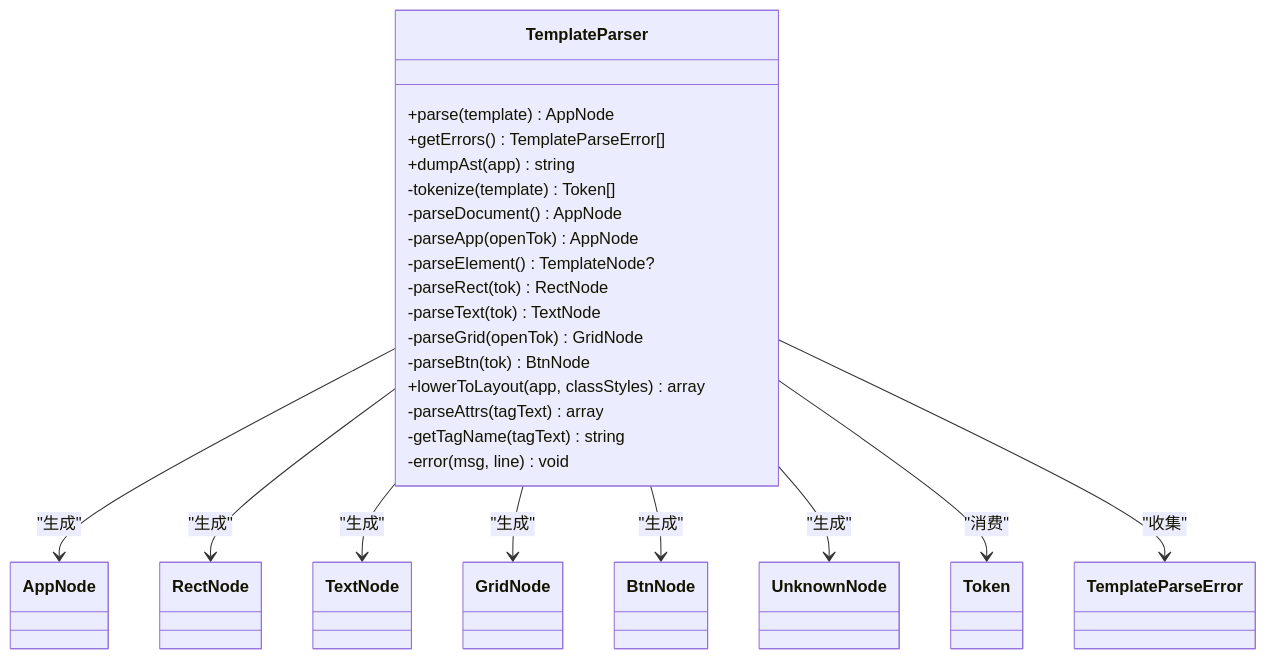
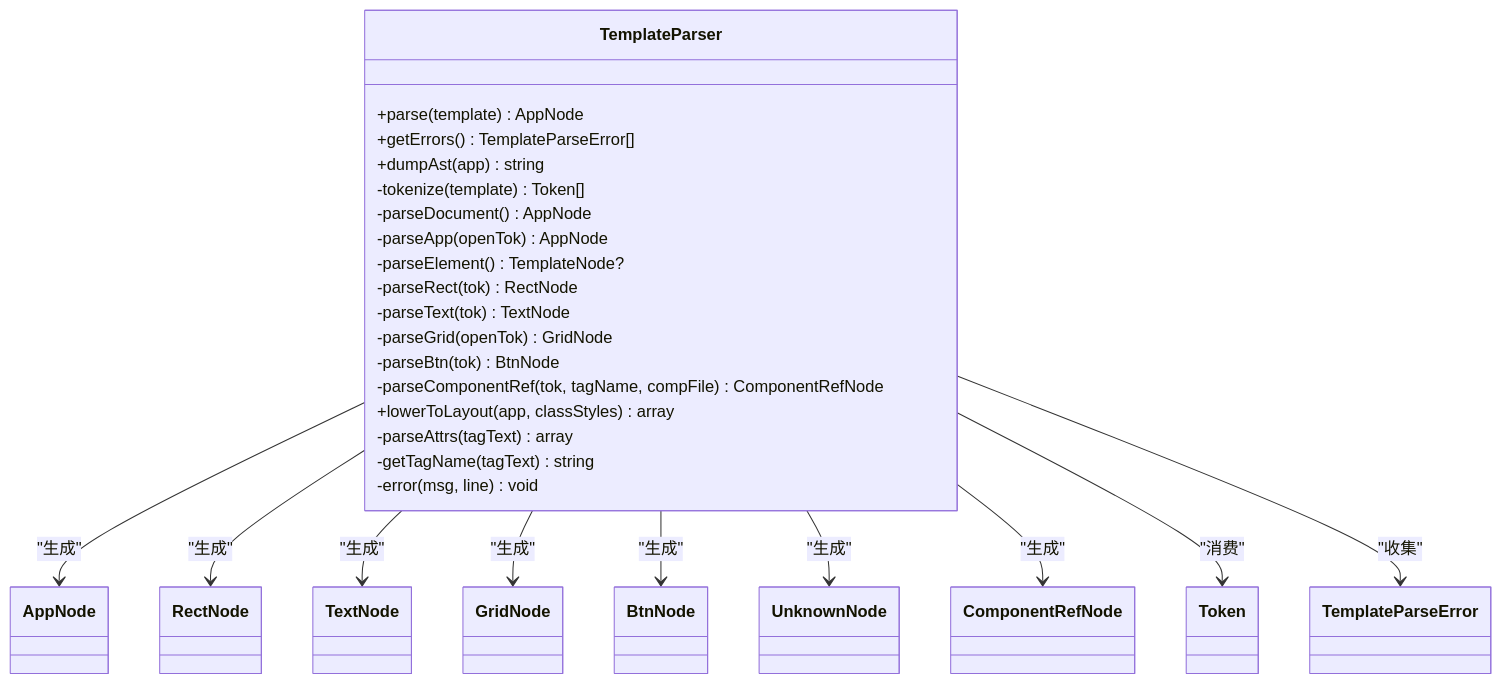
The fourth of 7 diagrams in .qoder/repowiki/zh/content/SFC编译器系统/模板解析器.md (xingye00186/PHP-Data-UI-Framework-powered-by-swooleAOT), drawn with Mermaid before and after one commit. The commit also changed other lines of this file and 37 other files, not shown here.

````diff
--- a/.qoder/repowiki/zh/content/SFC编译器系统/模板解析器.md
+++ b/.qoder/repowiki/zh/content/SFC编译器系统/模板解析器.md
@@ -155,36 +165,39 @@
 ```mermaid
 classDiagram
 class TemplateParser {
 +parse(template) AppNode
 +getErrors() TemplateParseError[]
 +dumpAst(app) string
 -tokenize(template) Token[]
 -parseDocument() AppNode
 -parseApp(openTok) AppNode
 -parseElement() TemplateNode?
 -parseRect(tok) RectNode
 -parseText(tok) TextNode
 -parseGrid(openTok) GridNode
 -parseBtn(tok) BtnNode
+-parseComponentRef(tok, tagName, compFile) ComponentRefNode
 +lowerToLayout(app, classStyles) array
 -parseAttrs(tagText) array
 -getTagName(tagText) string
 -error(msg, line) void
 }
 class AppNode
 class RectNode
 class TextNode
 class GridNode
 class BtnNode
 class UnknownNode
+class ComponentRefNode
 class Token
 class TemplateParseError
 TemplateParser --> AppNode : "生成"
 TemplateParser --> RectNode : "生成"
 TemplateParser --> TextNode : "生成"
 TemplateParser --> GridNode : "生成"
 TemplateParser --> BtnNode : "生成"
 TemplateParser --> UnknownNode : "生成"
+TemplateParser --> ComponentRefNode : "生成"
 TemplateParser --> Token : "消费"
 TemplateParser --> TemplateParseError : "收集"
 ```
````
